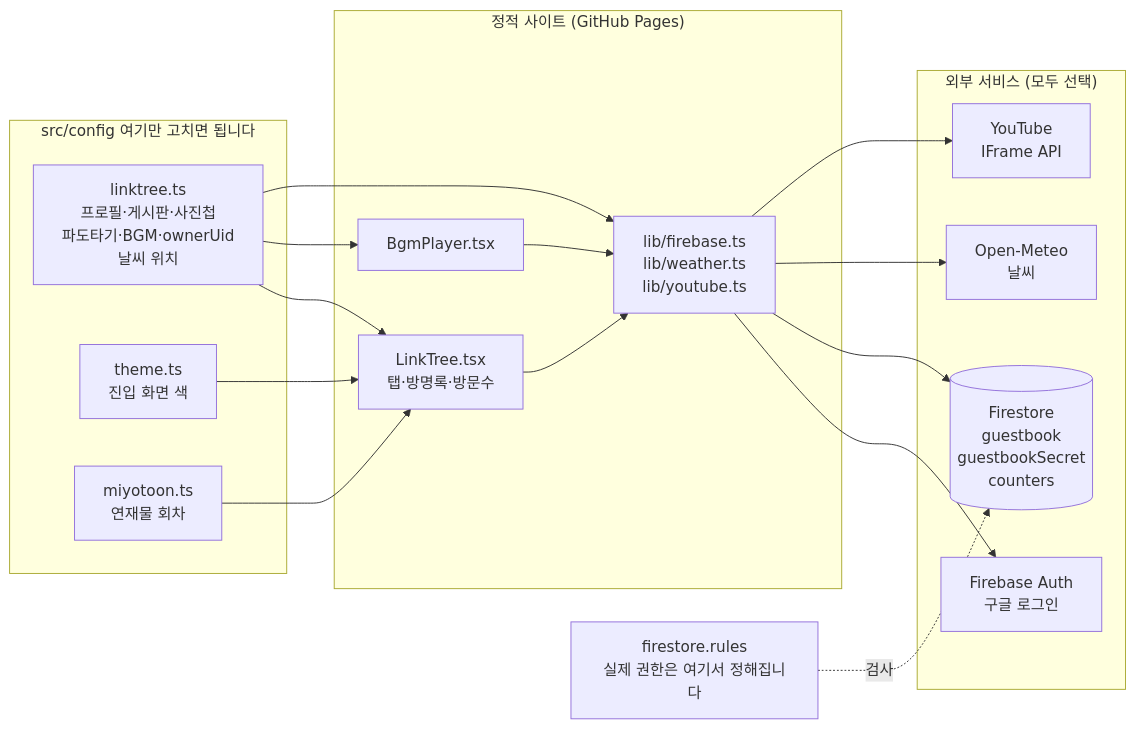
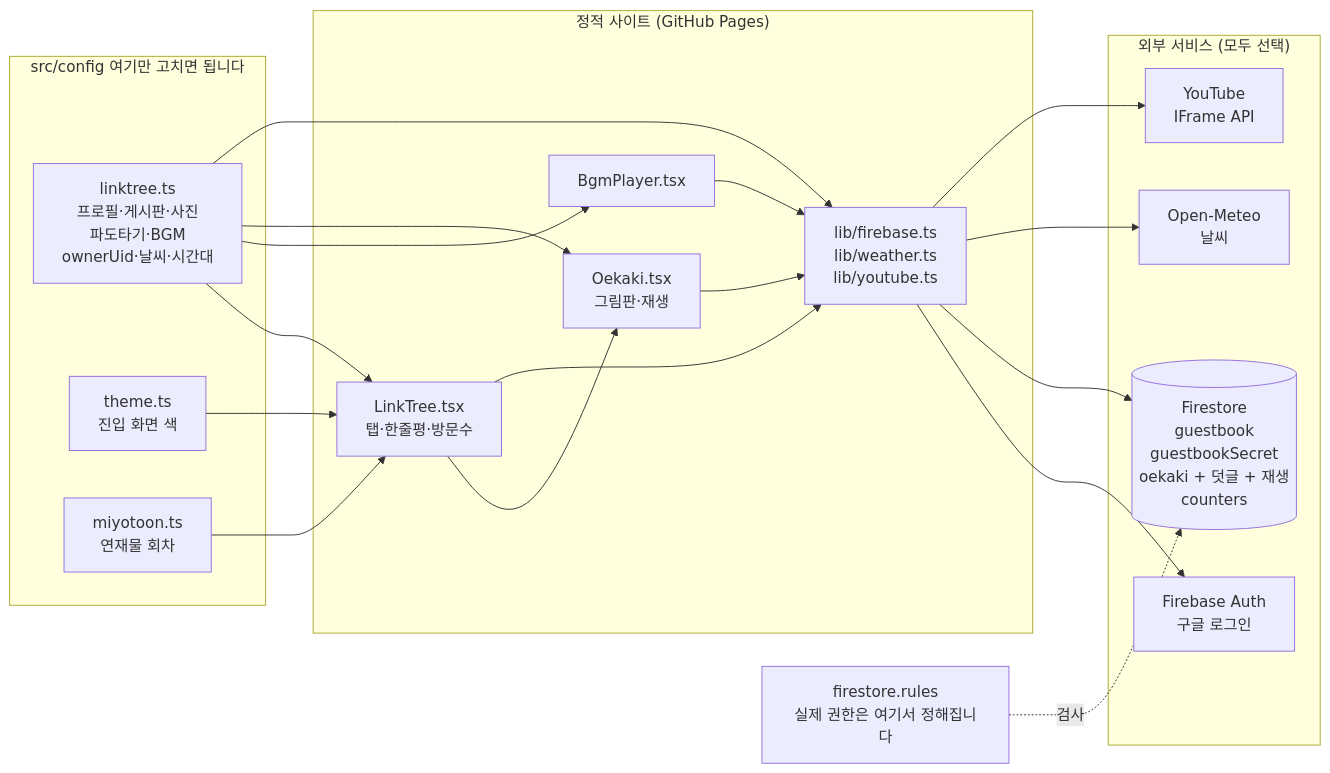
Before and after one commit to progh2/mini-homepage: the first of 3 diagrams in README.md, drawn with Mermaid. The commit also changed other lines of this file and 6 other files, not shown here.

````diff
--- a/README.md
+++ b/README.md
@@ -30,37 +45,41 @@
 ```mermaid
 flowchart LR
     subgraph CFG["src/config 여기만 고치면 됩니다"]
-        LT["linktree.ts<br/>프로필·게시판·사진첩<br/>파도타기·BGM·ownerUid<br/>날씨 위치"]
+        LT["linktree.ts<br/>프로필·게시판·사진<br/>파도타기·BGM<br/>ownerUid·날씨·시간대"]
         TH["theme.ts<br/>진입 화면 색"]
         MY["miyotoon.ts<br/>연재물 회차"]
     end
 
     subgraph APP["정적 사이트 (GitHub Pages)"]
-        UI["LinkTree.tsx<br/>탭·방명록·방문수"]
+        UI["LinkTree.tsx<br/>탭·한줄평·방문수"]
         BG["BgmPlayer.tsx"]
+        OE["Oekaki.tsx<br/>그림판·재생"]
         LIB["lib/firebase.ts<br/>lib/weather.ts<br/>lib/youtube.ts"]
     end
 
     subgraph EXT["외부 서비스 (모두 선택)"]
         AUTH["Firebase Auth<br/>구글 로그인"]
-        FS[("Firestore<br/>guestbook<br/>guestbookSecret<br/>counters")]
+        FS[("Firestore<br/>guestbook<br/>guestbookSecret<br/>oekaki + 덧글 + 재생<br/>counters")]
         OM["Open-Meteo<br/>날씨"]
         YT["YouTube<br/>IFrame API"]
     end
 
     LT --> UI
     LT --> BG
+    LT --> OE
     LT --> LIB
     TH --> UI
     MY --> UI
 
+    UI --> OE
     UI --> LIB
     BG --> LIB
+    OE --> LIB
 
     LIB --> AUTH
     LIB --> FS
     LIB --> OM
     LIB --> YT
 
     RULES["firestore.rules<br/>실제 권한은 여기서 정해집니다"] -.검사.-> FS
 ```
````
